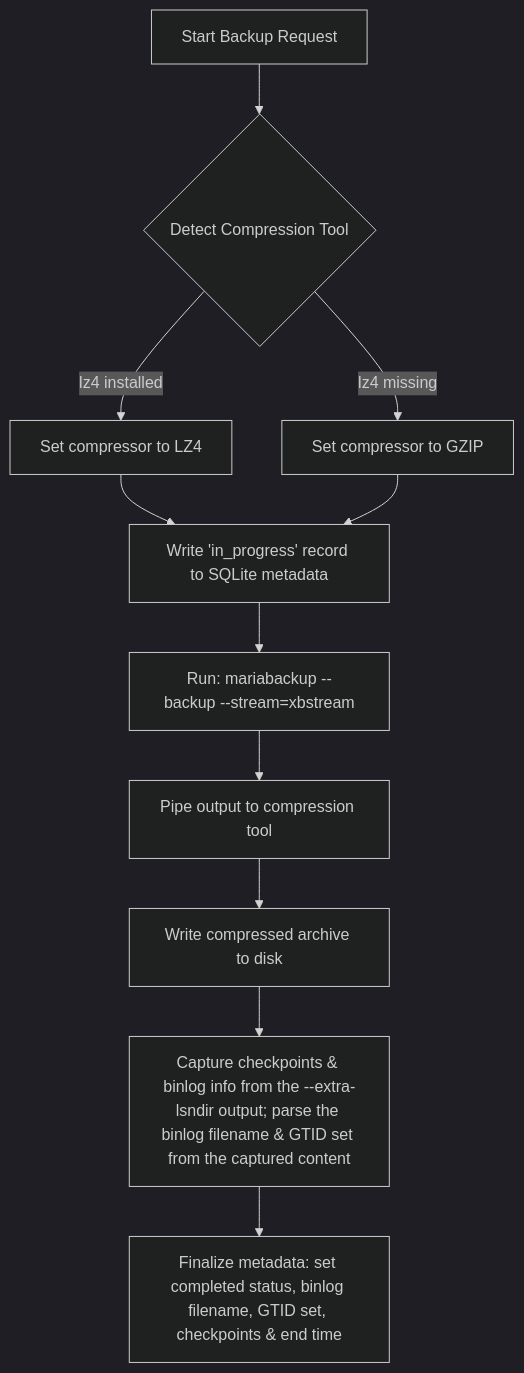
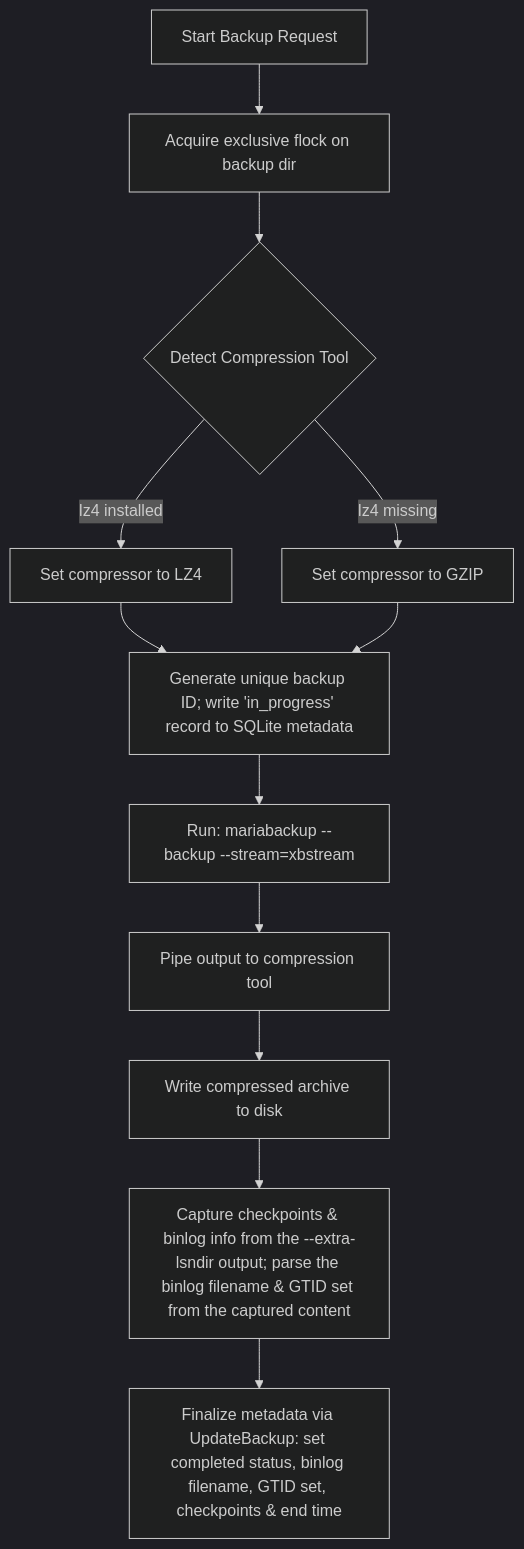
Before and after one commit to sriharip316/mbkp: the diagram in AGENTS.md, drawn with Mermaid (dark theme). The commit also changed other lines of this file and 11 other files, not shown here.

````diff
--- a/AGENTS.md
+++ b/AGENTS.md
@@ -70,12 +71,13 @@
 ```mermaid
 graph TD
-    A[Start Backup Request] --> B{Detect Compression Tool}
+    A[Start Backup Request] --> A2[Acquire exclusive flock on backup dir]
+    A2 --> B{Detect Compression Tool}
     B -->|lz4 installed| C[Set compressor to LZ4]
     B -->|lz4 missing| D[Set compressor to GZIP]
-    C & D --> E[Write 'in_progress' record to SQLite metadata]
+    C & D --> E[Generate unique backup ID; write 'in_progress' record to SQLite metadata]
     E --> F[Run: mariabackup --backup --stream=xbstream]
     F --> G[Pipe output to compression tool]
     G --> H[Write compressed archive to disk]
     H --> I[Capture checkpoints & binlog info from the --extra-lsndir output; parse the binlog filename & GTID set from the captured content]
-    I --> J[Finalize metadata: set completed status, binlog filename, GTID set, checkpoints & end time]
+    I --> J[Finalize metadata via UpdateBackup: set completed status, binlog filename, GTID set, checkpoints & end time]
 ```
````
